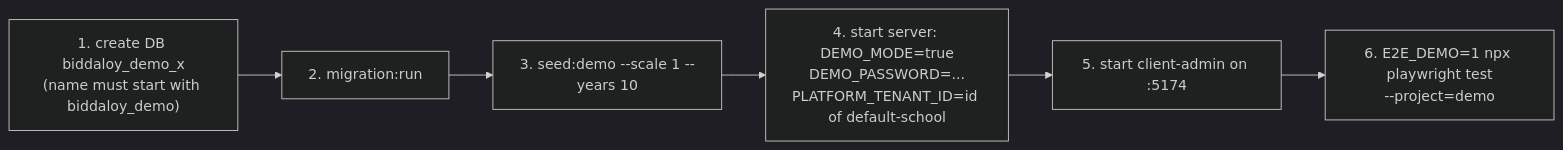
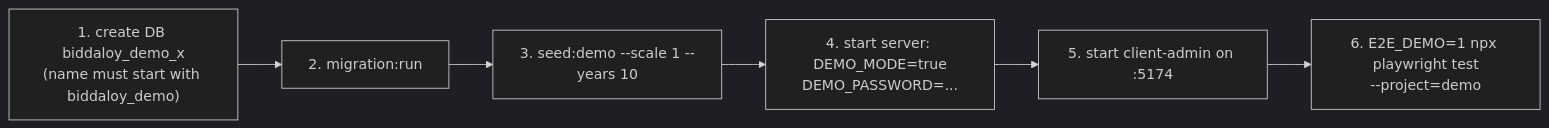
One commit to tareq89/biddaloy changed the fifth of 11 diagrams in docs/architecture/22-demo-seed.md. Above: the diagram before and after it, drawn with Mermaid (dark theme). The commit also changed other lines of this file and 22 other files, not shown here.

First line of the commit message:
feat(ops): remove PLATFORM_TENANT_ID from config, stack, scripts and restore guards (#3770)

````diff
--- a/docs/architecture/22-demo-seed.md
+++ b/docs/architecture/22-demo-seed.md
@@ -278,8 +278,8 @@
 ```mermaid
 flowchart LR
   A["1. create DB biddaloy_demo_x<br/>(name must start with biddaloy_demo)"] --> B["2. migration:run"]
   B --> C["3. seed:demo --scale 1 --years 10"]
-  C --> D["4. start server: DEMO_MODE=true<br/>DEMO_PASSWORD=...<br/>PLATFORM_TENANT_ID=id of default-school"]
+  C --> D["4. start server: DEMO_MODE=true<br/>DEMO_PASSWORD=..."]
   D --> E["5. start client-admin on :5174"]
   E --> F["6. E2E_DEMO=1 npx playwright test<br/>--project=demo"]
 ```
````
